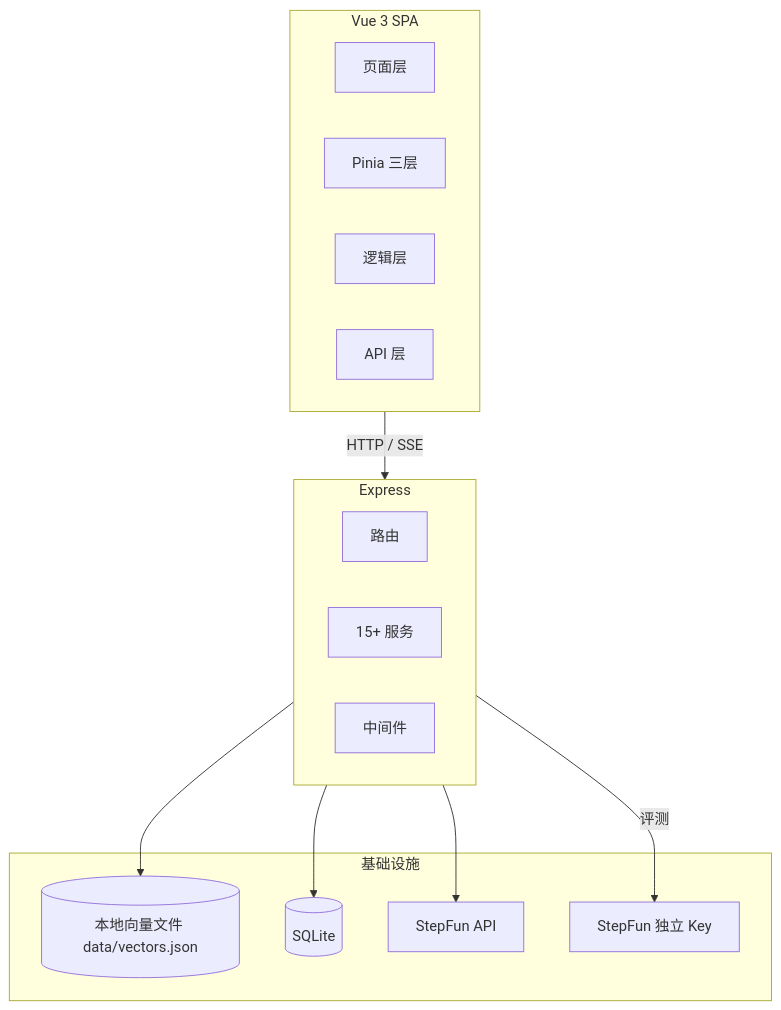
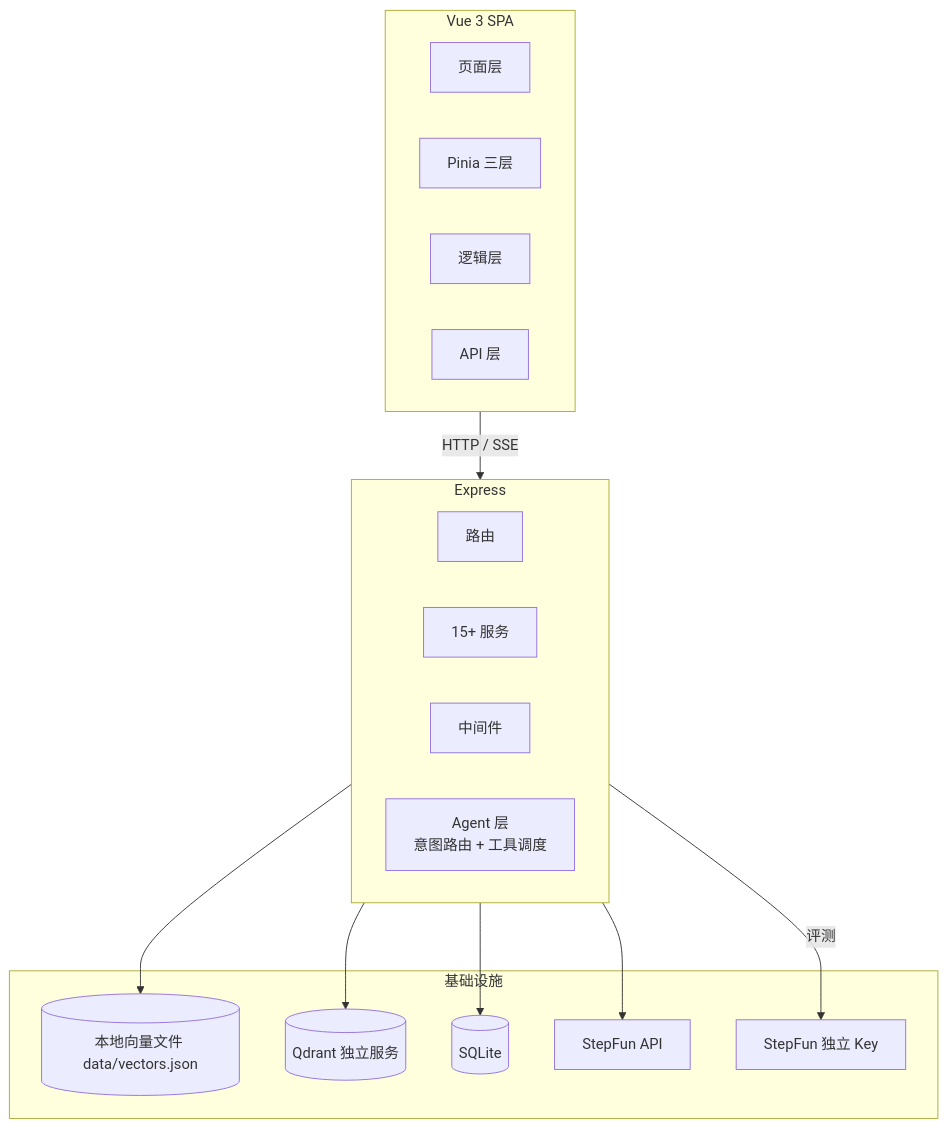
One commit to L123121/Vue3_WUT_LLM changed the diagram in CLAUDE.md. Above: the diagram before and after it, drawn with Mermaid. The commit also changed other lines of this file and 6 other files, not shown here.

````diff
--- a/CLAUDE.md
+++ b/CLAUDE.md
@@ -9,28 +9,31 @@
 ```mermaid
 graph TB
     subgraph 前端 [Vue 3 SPA]
         Views[页面层]
         Stores[Pinia 三层]
         Composables[逻辑层]
         API[API 层]
     end
 
     subgraph 后端 [Express]
         Routes[路由]
         Services[15+ 服务]
         Middleware[中间件]
+        Agent[Agent 层<br/>意图路由 + 工具调度]
     end
 
     subgraph 基础设施
         VectorFile[(本地向量文件 data/vectors.json)]
+        Qdrant[(Qdrant 独立服务)]
         SQLite[(SQLite)]
         StepFun[StepFun API]
         JudgeAPI[StepFun 独立 Key]
     end
 
     前端 -->|HTTP / SSE| 后端
     后端 --> VectorFile
+    后端 --> Qdrant
     后端 --> SQLite
     后端 --> StepFun
     后端 -->|评测| JudgeAPI
 ```
````
